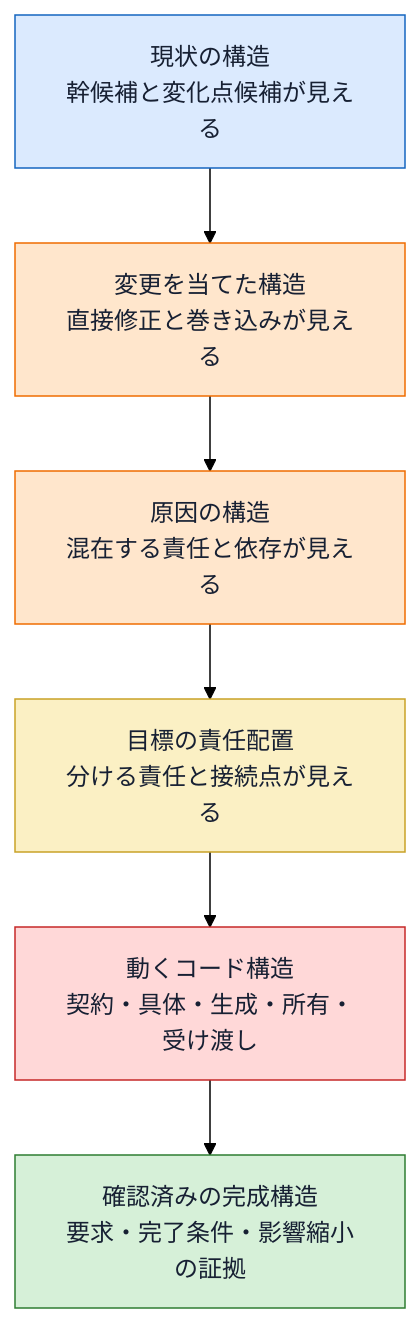
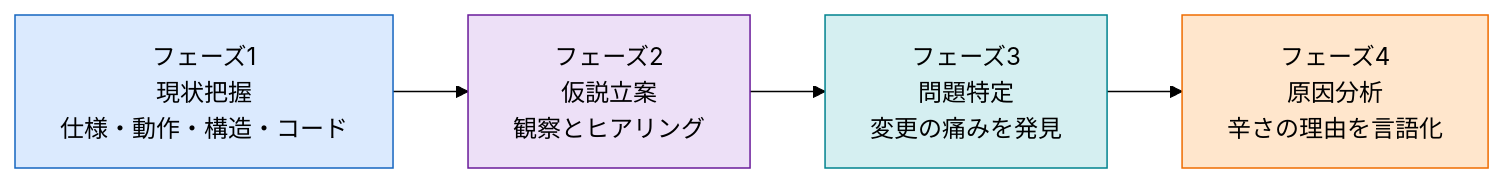
Before and after one commit to kumachan1101-pixel/DesignPattern: the first of 4 diagrams in kindle/design-patterns/books/volume01-core-patterns/output/02-chapter00.md, drawn with Mermaid (forest theme). The commit also changed other lines of this file and 6 other files, not shown here.

````diff
--- a/kindle/design-patterns/books/volume01-core-patterns/output/02-chapter00.md
+++ b/kindle/design-patterns/books/volume01-core-patterns/output/02-chapter00.md
@@ -32,22 +136,13 @@
 ```mermaid
-flowchart TB
-    CURRENT["現状の構造<br>幹候補と変化点候補が見える"]
-    IMPACT["変更を当てた構造<br>直接修正と巻き込みが見える"]
-    CAUSE["原因の構造<br>混在する責任と依存が見える"]
-    TARGET["目標の責任配置<br>分ける責任と接続点が見える"]
-    RUNTIME["動くコード構造<br>契約・具体・生成・所有・受け渡し"]
-    VERIFIED["確認済みの完成構造<br>要求・完了条件・影響縮小の証拠"]
+flowchart LR
+    PH1["フェーズ1<br>現状把握<br>仕様・動作・構造・コード"]
+    PH2["フェーズ2<br>仮説立案<br>観察とヒアリング"]
+    PH3["フェーズ3<br>問題特定<br>変更の痛みを発見"]
+    PH4["フェーズ4<br>原因分析<br>辛さの理由を言語化"]
+    PH1 --> PH2 --> PH3 --> PH4
 
-    CURRENT --> IMPACT --> CAUSE --> TARGET --> RUNTIME --> VERIFIED
-
-    classDef current fill:#dbeafe,stroke:#1565c0,color:#172033;
-    classDef analysis fill:#ffe6cc,stroke:#ef6c00,color:#172033;
-    classDef target fill:#fbf0c4,stroke:#c9a227,color:#172033;
-    classDef runtime fill:#ffd8d8,stroke:#c62828,color:#172033;
-    classDef verified fill:#d6f0d8,stroke:#2e7d32,color:#172033;
-    class CURRENT current;
-    class IMPACT,CAUSE analysis;
-    class TARGET target;
-    class RUNTIME runtime;
-    class VERIFIED verified;
+    style PH1 fill:#dbeafe,stroke:#1565c0
+    style PH2 fill:#ede0f7,stroke:#6a1b9a
+    style PH3 fill:#d5eff1,stroke:#00838f
+    style PH4 fill:#ffe6cc,stroke:#ef6c00
 ```
````
